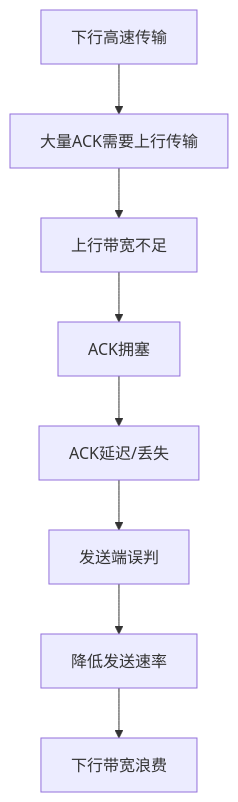
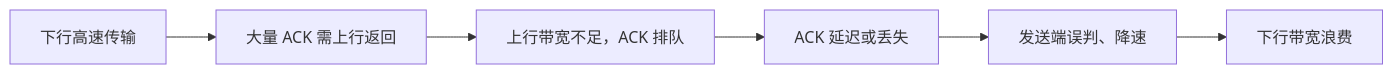
One commit to Dtheme/CS-base changed the third of 8 diagrams in 计算机网络/7.8无线网络：协议影响.md. Above: the diagram before and after it, drawn with Mermaid. The commit also changed other lines of this file and 51 other files, not shown here.

````diff
--- a/计算机网络/7.8无线网络：协议影响.md
+++ b/计算机网络/7.8无线网络：协议影响.md
@@ -179,19 +165,8 @@
 ```mermaid
-graph TB
-    Download["下行高速传输"]
-    ACKs["大量ACK需要上行传输"]
-    Insufficient["上行带宽不足"]
-    Congestion["ACK拥塞"]
-    Delay["ACK延迟/丢失"]
-    Misjudge["发送端误判"]
-    Reduce["降低发送速率"]
-    Waste["下行带宽浪费"]
-    
-    Download --> ACKs
-    ACKs --> Insufficient
-    Insufficient --> Congestion
-    Congestion --> Delay
-    Delay --> Misjudge
-    Misjudge --> Reduce
-    Reduce --> Waste
+graph LR
+    Download["下行高速传输"] --> ACKs["大量 ACK 需上行返回"]
+    ACKs --> Insufficient["上行带宽不足，ACK 排队"]
+    Insufficient --> Delay["ACK 延迟或丢失"]
+    Delay --> Reduce["发送端误判、降速"]
+    Reduce --> Waste["下行带宽浪费"]
 ```
````
